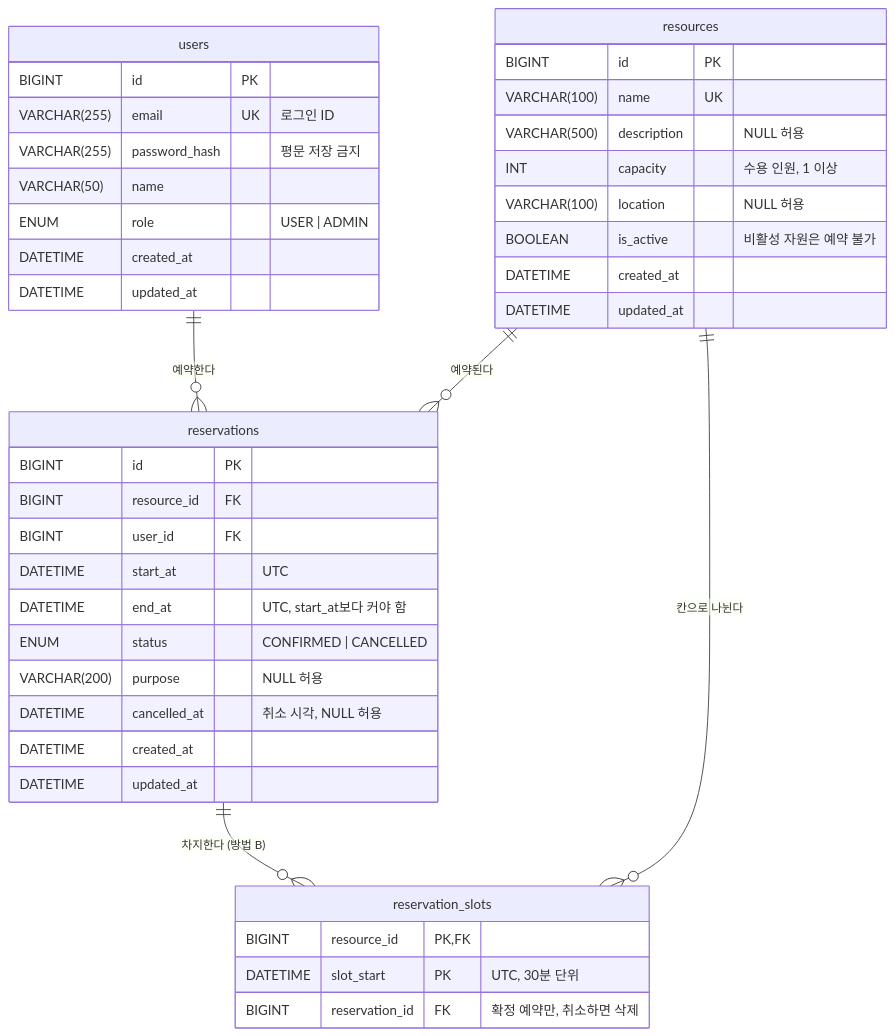
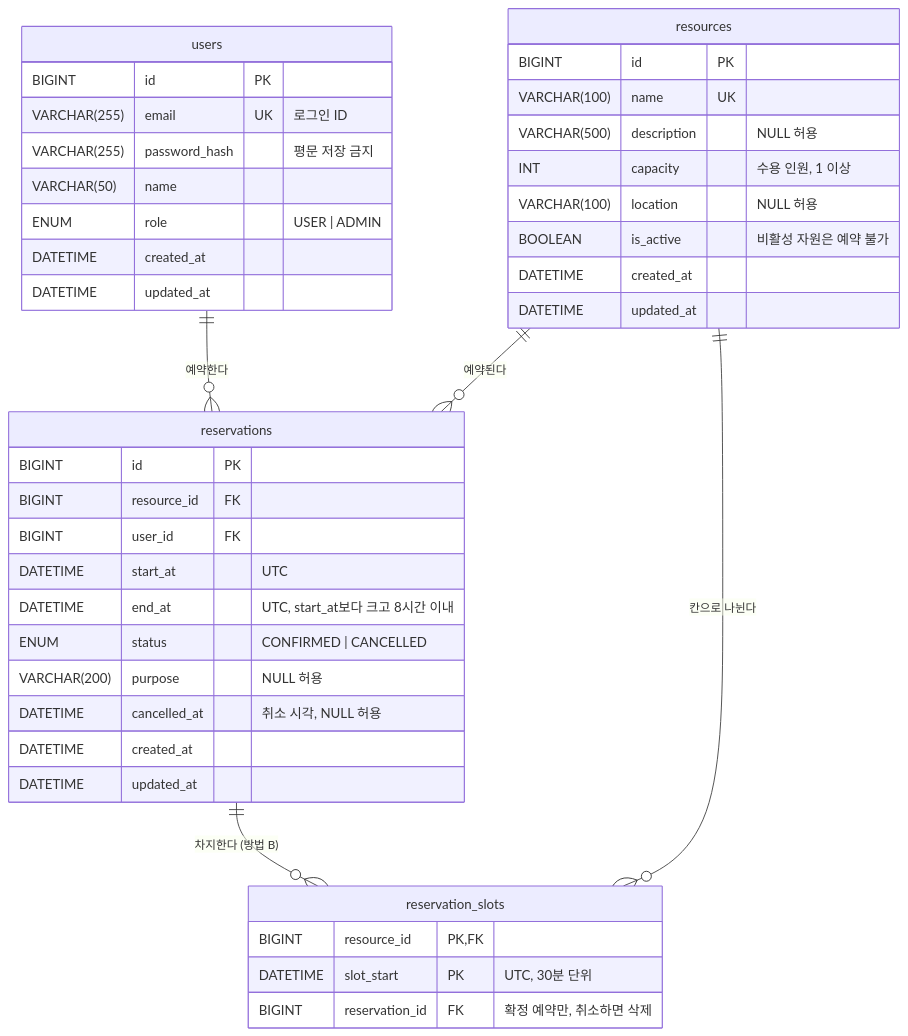
Before and after one commit to hocastle1999/reservation-api: the diagram in docs/erd.md, drawn with Mermaid. The commit also changed other lines of this file and 3 other files, not shown here.

````diff
--- a/docs/erd.md
+++ b/docs/erd.md
@@ -15,47 +15,47 @@
 ```mermaid
 erDiagram
     users ||--o{ reservations : "예약한다"
     resources ||--o{ reservations : "예약된다"
     reservations ||--o{ reservation_slots : "차지한다 (방법 B)"
     resources ||--o{ reservation_slots : "칸으로 나뉜다"
 
     users {
         BIGINT id PK
         VARCHAR(255) email UK "로그인 ID"
         VARCHAR(255) password_hash "평문 저장 금지"
         VARCHAR(50) name
         ENUM role "USER | ADMIN"
         DATETIME created_at
         DATETIME updated_at
     }
 
     resources {
         BIGINT id PK
         VARCHAR(100) name UK
         VARCHAR(500) description "NULL 허용"
         INT capacity "수용 인원, 1 이상"
         VARCHAR(100) location "NULL 허용"
         BOOLEAN is_active "비활성 자원은 예약 불가"
         DATETIME created_at
         DATETIME updated_at
     }
 
     reservations {
         BIGINT id PK
         BIGINT resource_id FK
         BIGINT user_id FK
         DATETIME start_at "UTC"
-        DATETIME end_at "UTC, start_at보다 커야 함"
+        DATETIME end_at "UTC, start_at보다 크고 8시간 이내"
         ENUM status "CONFIRMED | CANCELLED"
         VARCHAR(200) purpose "NULL 허용"
         DATETIME cancelled_at "취소 시각, NULL 허용"
         DATETIME created_at
         DATETIME updated_at
     }
 
     reservation_slots {
         BIGINT resource_id PK,FK
         DATETIME slot_start PK "UTC, 30분 단위"
         BIGINT reservation_id FK "확정 예약만, 취소하면 삭제"
     }
 ```
````
